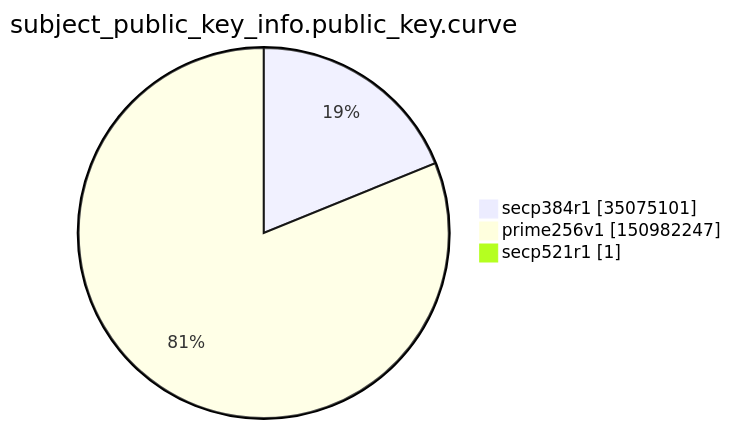
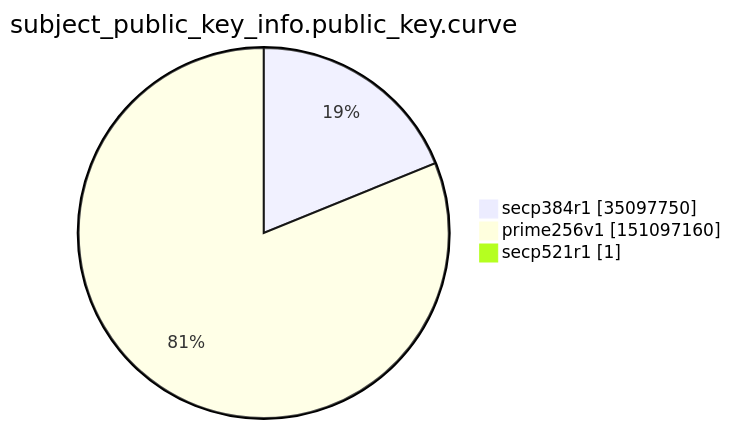
One commit to christiankrug/ctmonitor_visualization changed the ninth of 15 diagrams in argon2022/README.md. Above: the diagram before and after it, drawn with Mermaid. The commit also changed other lines of this file, not shown here.

````diff
--- a/argon2022/README.md
+++ b/argon2022/README.md
@@ -2765,7 +2765,7 @@
 ```mermaid
 pie showData
 title subject_public_key_info.public_key.curve
-"secp384r1" :35075101
-"prime256v1" :150982247
+"secp384r1" :35097750
+"prime256v1" :151097160
 "secp521r1" :1
 ```
````
